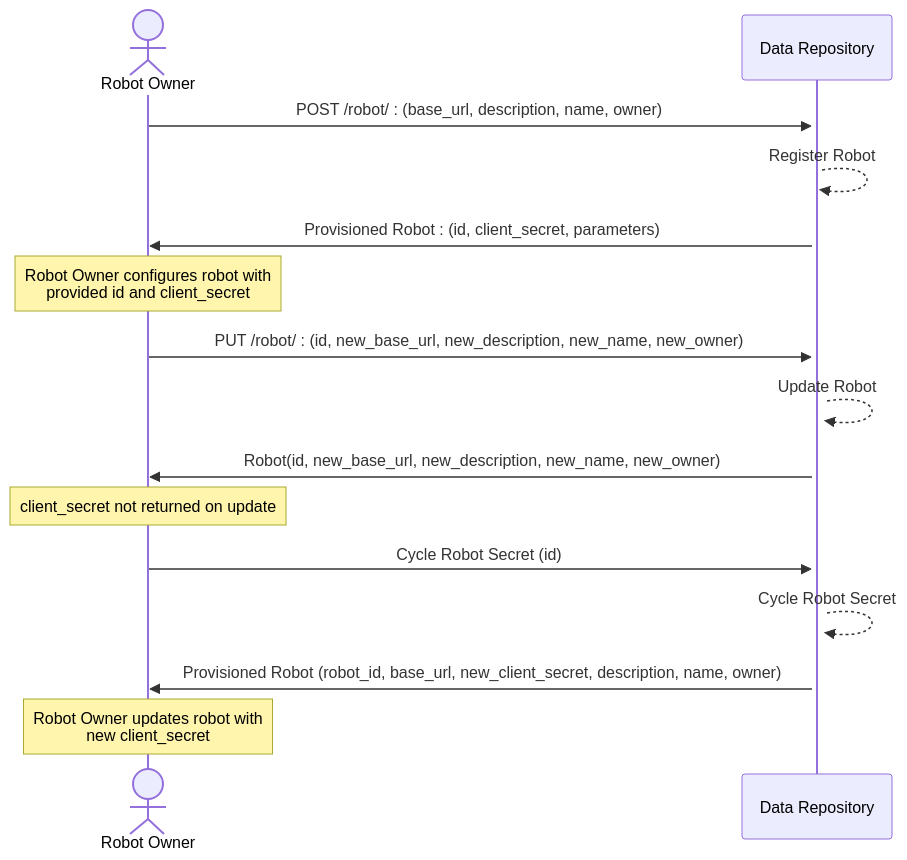
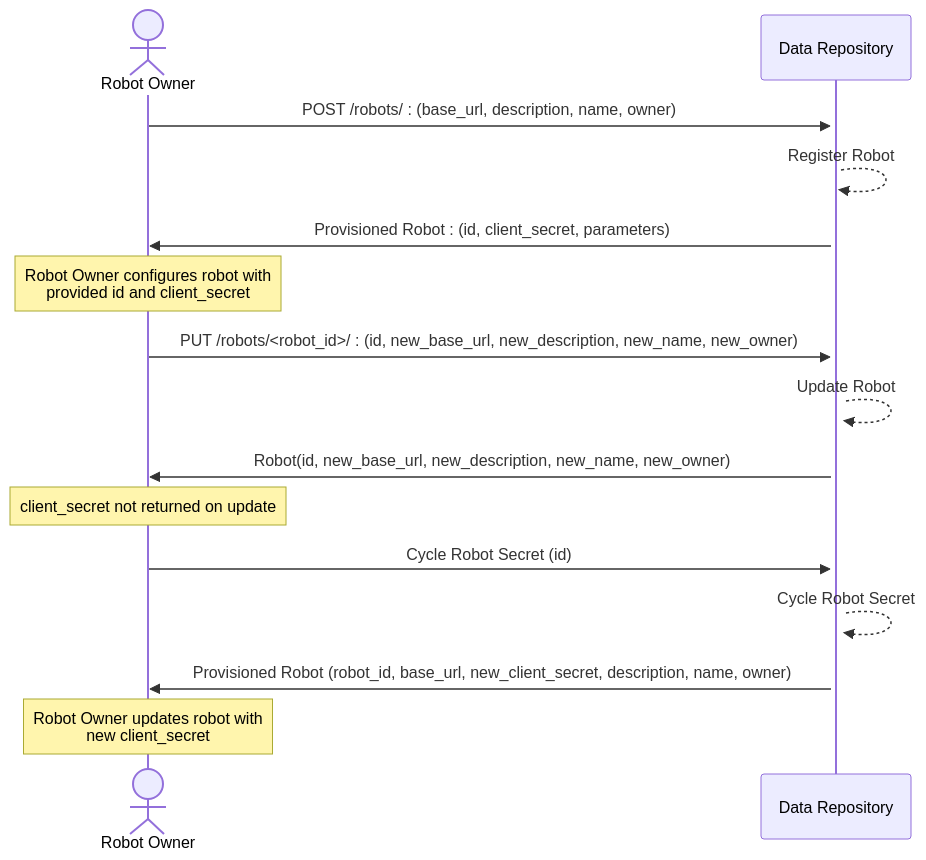
The diagram in docs/procedures/robot-registration.rst (destiny-evidence/destiny-repository), drawn with Mermaid before and after one commit. The commit also changed other lines of this file and 4 other files, not shown here.

```diff
--- a/docs/procedures/robot-registration.rst
+++ b/docs/procedures/robot-registration.rst
@@ -8,21 +8,21 @@
 .. mermaid::
 
     sequenceDiagram
         Actor RO as Robot Owner
         participant DR as Data Repository
 
-        RO->>+DR: POST /robot/ : (base_url, description, name, owner)
+        RO->>+DR: POST /robots/ : (base_url, description, name, owner)
         DR-->>DR: Register Robot
         DR->>RO: Provisioned Robot : (id, client_secret, parameters)
         Note over RO: Robot Owner configures robot with <br>provided id and client_secret
 
-        RO->>+DR: PUT /robot/ : (id, new_base_url, new_description, new_name, new_owner)
+        RO->>+DR: PUT /robots/<robot_id>/ : (id, new_base_url, new_description, new_name, new_owner)
         DR-->>DR: Update Robot
         DR->>RO: Robot(id, new_base_url, new_description, new_name, new_owner)
         Note over RO: client_secret not returned on update
 
 
         RO->>DR: Cycle Robot Secret (id)
         DR-->>DR: Cycle Robot Secret
         DR->>RO: Provisioned Robot (robot_id, base_url, new_client_secret, description, name, owner)
         Note over RO: Robot Owner updates robot with <br>new client_secret
```
